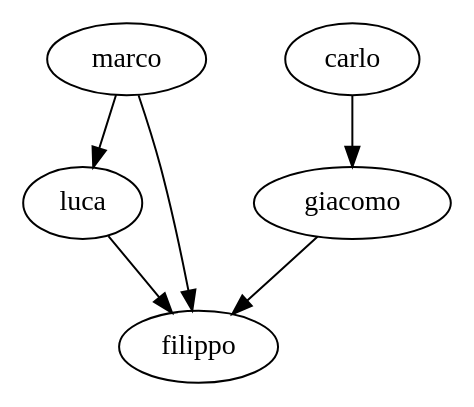
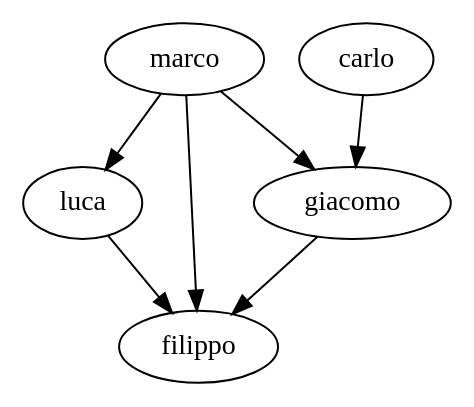
The diagram in prioGraph.dot (Cippo95/progetto-ro), drawn with Graphviz before and after one commit. The commit also changed 5 other files, not shown here.

```diff
--- a/prioGraph.dot
+++ b/prioGraph.dot
@@ -1,7 +1,8 @@
 digraph prioGraph {
 marco -> luca;
 marco -> filippo;
+marco -> giacomo;
 luca -> filippo;
 carlo -> giacomo;
 giacomo -> filippo;
 }
```
